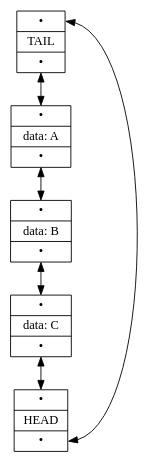
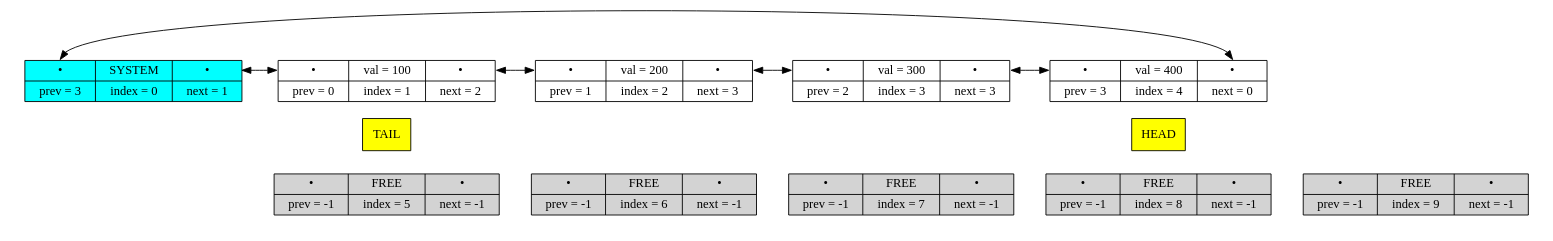
The diagram in g2.dot (T04-ka/LIST), drawn with Graphviz before and after one commit. The commit also changed 11 other files, not shown here.

```diff
--- a/g2.dot
+++ b/g2.dot
@@ -1,25 +1,52 @@
 
 digraph G {
-    rankdir=TB;
-    splines=true;
 
-    node [shape=record, height=.1];
+    rankdir = LR;
+    splines = true;
 
-    // Узлы списка
-    tail  [label="{ <prev> • | TAIL | <next> • }"];
-    node1 [label="{ <prev> • | data: A | <next> • }"];
-    node2 [label="{ <prev> • | data: B | <next> • }"];
-    node3 [label="{ <prev> • | data: C | <next> • }"];
-    head  [label="{ <prev> • | HEAD | <next> • }"];
+    subgraph cluster_occupied {
 
-    // Невидимая связь фиксирует базовый порядок слева направо: TAIL -> ... -> HEAD
-    tail -> node1 -> node2 -> node3 -> head [style=invis];
+        style=invis;
 
-    // 1. Обоюдная стрелка между TAIL и data A
-    tail:next -> node1:prev [dir=both];
-    node1:next -> node2:prev [dir=both];
-    node2:next -> node3:prev [dir=both];
-    node3:next -> head:prev [dir=both];
-    head:next -> tail:prev [dir=both];
+        node0 [shape=record, style=filled, fillcolor="cyan", height=.1, label="{ { <prev> • | prev = 3} | {SYSTEM | index = 0} | { <next> • | next = 1} }"];
+        node1 [shape=record, height=.1, label="{ { <prev> • | prev = 0} | {val = 100 | index = 1} | { <next> • | next = 2} }"];
+        node2 [shape=record, height=.1, label="{ { <prev> • | prev = 1} | {val = 200 | index = 2} | { <next> • | next = 3} }"];
+        node3 [shape=record, height=.1, label="{ { <prev> • | prev = 2} | {val = 300 | index = 3} | { <next> • | next = 3} }"];
+        node4 [shape=record, height=.1, label="{ { <prev> • | prev = 3} | {val = 400 | index = 4} | { <next> • | next = 0} }"];
 
+        node0 -> node1 [style=invis, weight=100];
+        node1 -> node2 [style=invis, weight=100];
+        node2 -> node3 [style=invis, weight=100];
+        node3 -> node4 [style=invis, weight=100];
+
+        node0:next -> node1:prev [dir=both];
+        node1:next -> node2:prev [dir=both];
+        node2:next -> node3:prev [dir=both];
+        node3:next -> node4:prev [dir=both];
+        node4:next -> node0:prev [dir=both];
+
+        HEAD [shape=record, style = filled, fillcolor="yellow"];
+        TAIL [shape=record, style = filled, fillcolor="yellow"];
+
+        {rank=same; node1; TAIL;}
+        {rank=same; node4; HEAD;}
+    }
+
+    subgraph cluster_free {
+
+        style=invis;
+
+        node5 [shape=record, style=filled, fillcolor="lightgray", height=.1, label="{ { <prev> • | prev = -1} | {FREE | index = 5} | { <next> • | next = -1} }"];
+        node6 [shape=record, style=filled, fillcolor="lightgray", height=.1, label="{ { <prev> • | prev = -1} | {FREE | index = 6} | { <next> • | next = -1} }"];
+        node7 [shape=record, style=filled, fillcolor="lightgray", height=.1, label="{ { <prev> • | prev = -1} | {FREE | index = 7} | { <next> • | next = -1} }"];
+        node8 [shape=record, style=filled, fillcolor="lightgray", height=.1, label="{ { <prev> • | prev = -1} | {FREE | index = 8} | { <next> • | next = -1} }"];
+        node9 [shape=record, style=filled, fillcolor="lightgray", height=.1, label="{ { <prev> • | prev = -1} | {FREE | index = 9} | { <next> • | next = -1} }"];
+
+        node5 -> node6 [style=invis, weight=100];
+        node6 -> node7 [style=invis, weight=100];
+        node7 -> node8 [style=invis, weight=100];
+        node8 -> node9 [style=invis, weight=100];
+    }
+
+    node0 -> node5 [style=invis];
 }
```
